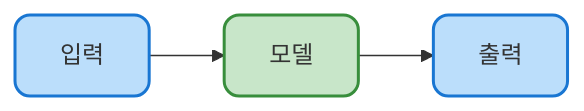
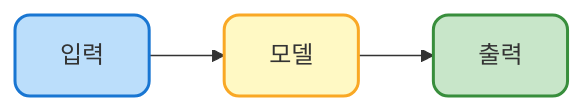
Before and after one commit to tenkeyless/sildes: the second of 4 diagrams in slides/example/index.md, drawn with Mermaid. The commit also changed other lines of this file, not shown here.

````diff
--- a/slides/example/index.md
+++ b/slides/example/index.md
@@ -117,7 +235,8 @@
-```mermaid {scale: 0.9}
+```mermaid
 flowchart LR
-    I["입력"] --> M["모델"] --> O["출력"]
-    style I fill:#bbdefb,stroke:#1976d2,stroke-width:2px,rx:10,ry:10
-    style M fill:#c8e6c9,stroke:#388e3c,stroke-width:2px,rx:10,ry:10
-    style O fill:#bbdefb,stroke:#1976d2,stroke-width:2px,rx:10,ry:10
+    A[입력] --> B[모델]
+    B --> C[출력]
+    style A fill:#bbdefb,stroke:#1976d2,stroke-width:2px,rx:10,ry:10
+    style B fill:#fff9c4,stroke:#f9a825,stroke-width:2px,rx:10,ry:10
+    style C fill:#c8e6c9,stroke:#388e3c,stroke-width:2px,rx:10,ry:10
 ```
````
